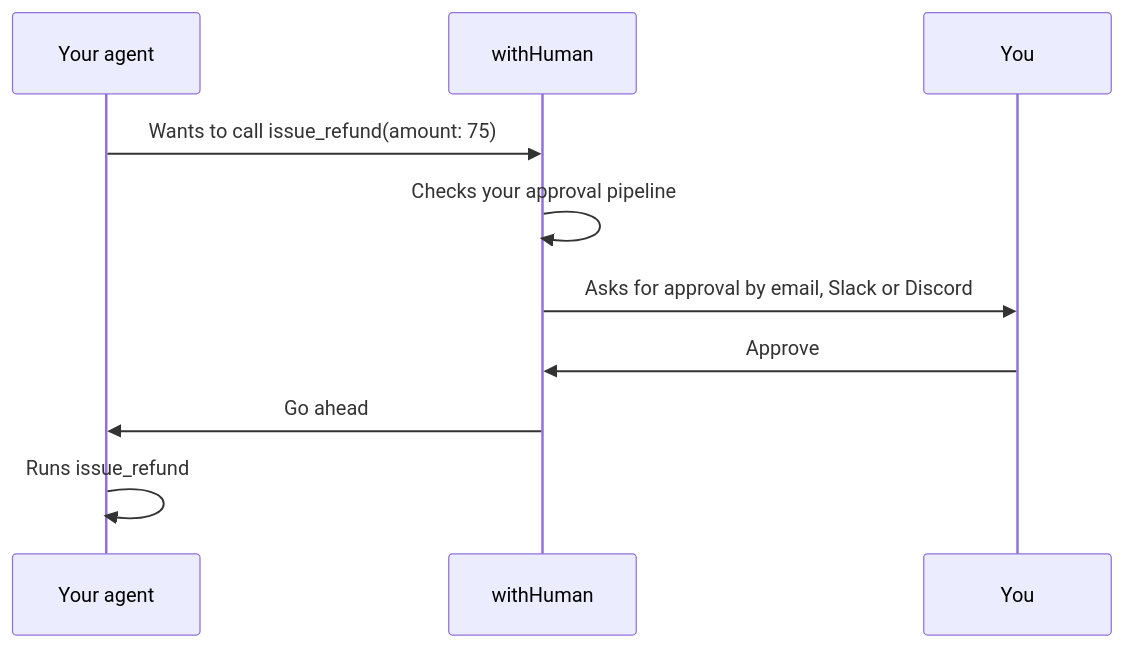
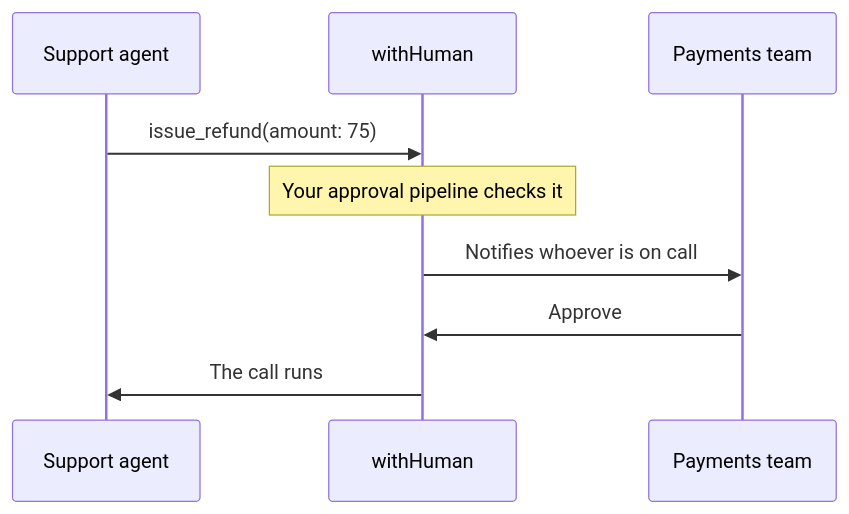
One commit to Yaakovyitzchak1231/withHuman changed the diagram in README.md. Above: the diagram before and after it, drawn with Mermaid. The commit also changed other lines of this file, not shown here.

Commit message:
Use the website's wording in the README and present it as one place for the whole team (#64)

````diff
--- a/README.md
+++ b/README.md
@@ -72,12 +109,11 @@
 ```mermaid
 sequenceDiagram
-    participant Agent as Your agent
+    participant Agent as Support agent
     participant WH as withHuman
-    participant You as You
-    Agent->>WH: Wants to call issue_refund(amount: 75)
-    WH->>WH: Checks your approval pipeline
-    WH->>You: Asks for approval by email, Slack or Discord
-    You->>WH: Approve
-    WH->>Agent: Go ahead
-    Agent->>Agent: Runs issue_refund
+    participant Team as Payments team
+    Agent->>WH: issue_refund(amount: 75)
+    Note over WH: Your approval pipeline checks it
+    WH->>Team: Notifies whoever is on call
+    Team->>WH: Approve
+    WH->>Agent: The call runs
 ```
````
